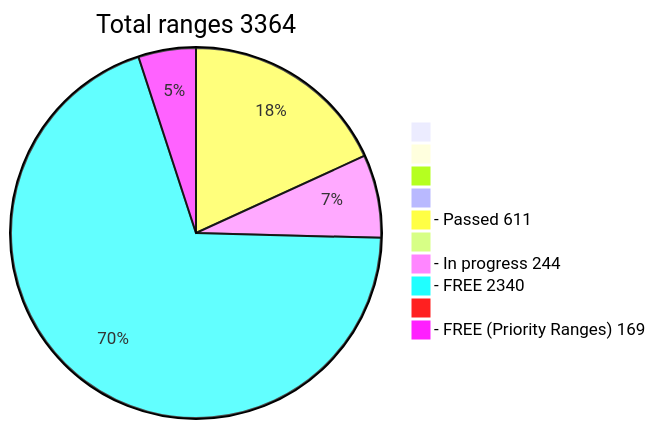
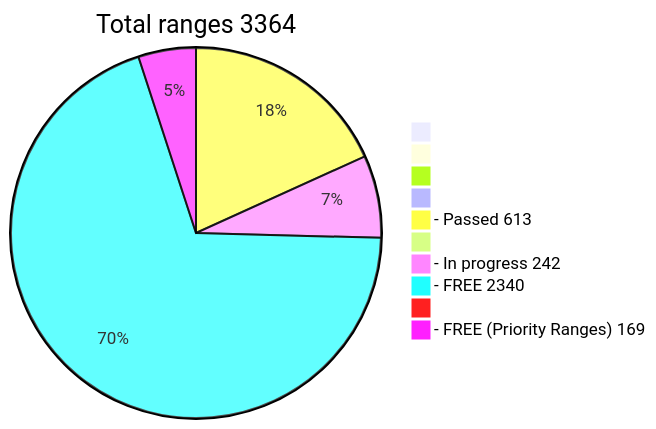
One commit to phrutis/wif500 changed the diagram in README.md. Above: the diagram before and after it, drawn with Mermaid.

````diff
--- a/README.md
+++ b/README.md
@@ -16,13 +16,13 @@
 ```mermaid
 pie title Total ranges 3364
              " " : 0
             "  " : 0
            "   " : 0
           "    " : 0
-  "- Passed 611" : 611
+  "- Passed 613" : 613
          "     " : 0
-  "- In progress 244" : 244
+  "- In progress 242" : 242
    "- FREE 2340" : 2340
         "      " : 0
   "- FREE (Priority Ranges) 169" : 169
 ```
````
